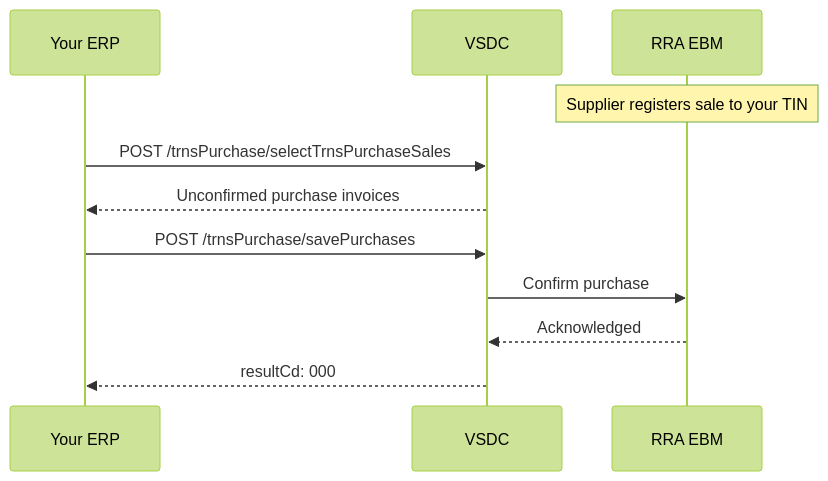
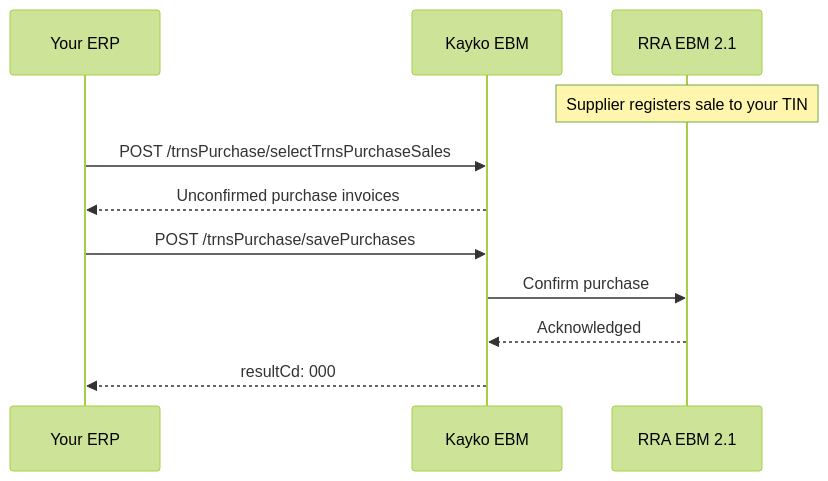
The diagram in workflows/purchases.mdx (kaykorw/ebm_thirdparty_docs), drawn with Mermaid (forest theme) before and after one commit. The commit also changed other lines of this file and 34 other files, not shown here.

Commit message:
Refactor API documentation to reflect the transition from VSDC to Kayko EBM, including updates to environment variables, endpoint references, and removal of the glossary. Adjusted descriptions and examples across multiple files for consistency and clarity.

````diff
--- a/workflows/purchases.mdx
+++ b/workflows/purchases.mdx
@@ -9,14 +9,14 @@
 ```mermaid
 sequenceDiagram
     participant Buyer as Your ERP
-    participant VSDC
-    participant RRA as RRA EBM
+    participant EBM as Kayko EBM
+    participant RRA as RRA EBM 2.1
 
     Note over RRA: Supplier registers sale to your TIN
-    Buyer->>VSDC: POST /trnsPurchase/selectTrnsPurchaseSales
-    VSDC-->>Buyer: Unconfirmed purchase invoices
-    Buyer->>VSDC: POST /trnsPurchase/savePurchases
-    VSDC->>RRA: Confirm purchase
-    RRA-->>VSDC: Acknowledged
-    VSDC-->>Buyer: resultCd: 000
+    Buyer->>EBM: POST /trnsPurchase/selectTrnsPurchaseSales
+    EBM-->>Buyer: Unconfirmed purchase invoices
+    Buyer->>EBM: POST /trnsPurchase/savePurchases
+    EBM->>RRA: Confirm purchase
+    RRA-->>EBM: Acknowledged
+    EBM-->>Buyer: resultCd: 000
 ```
````
